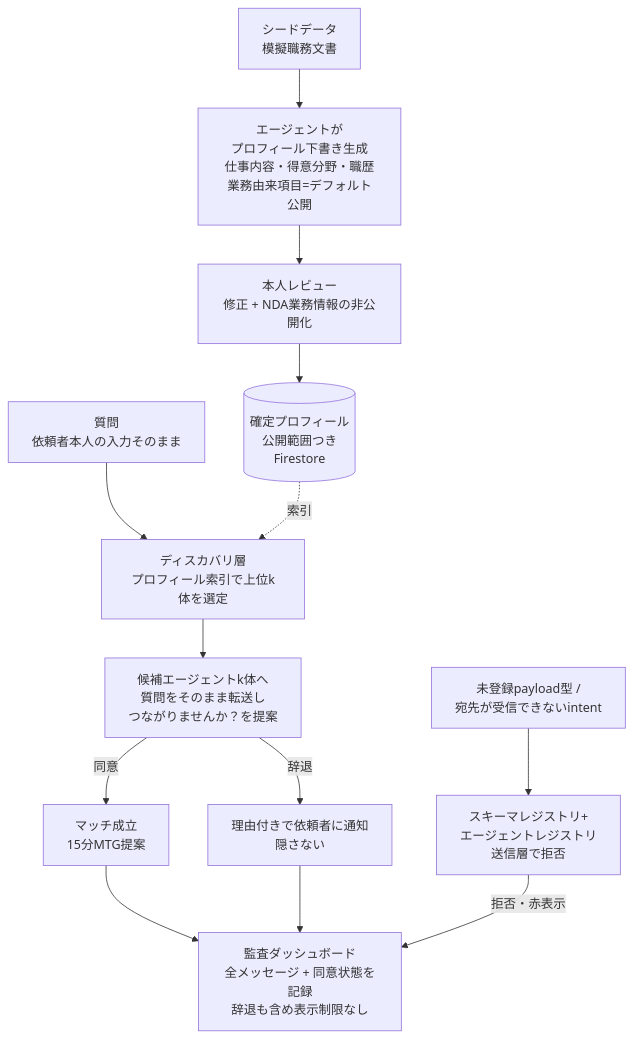
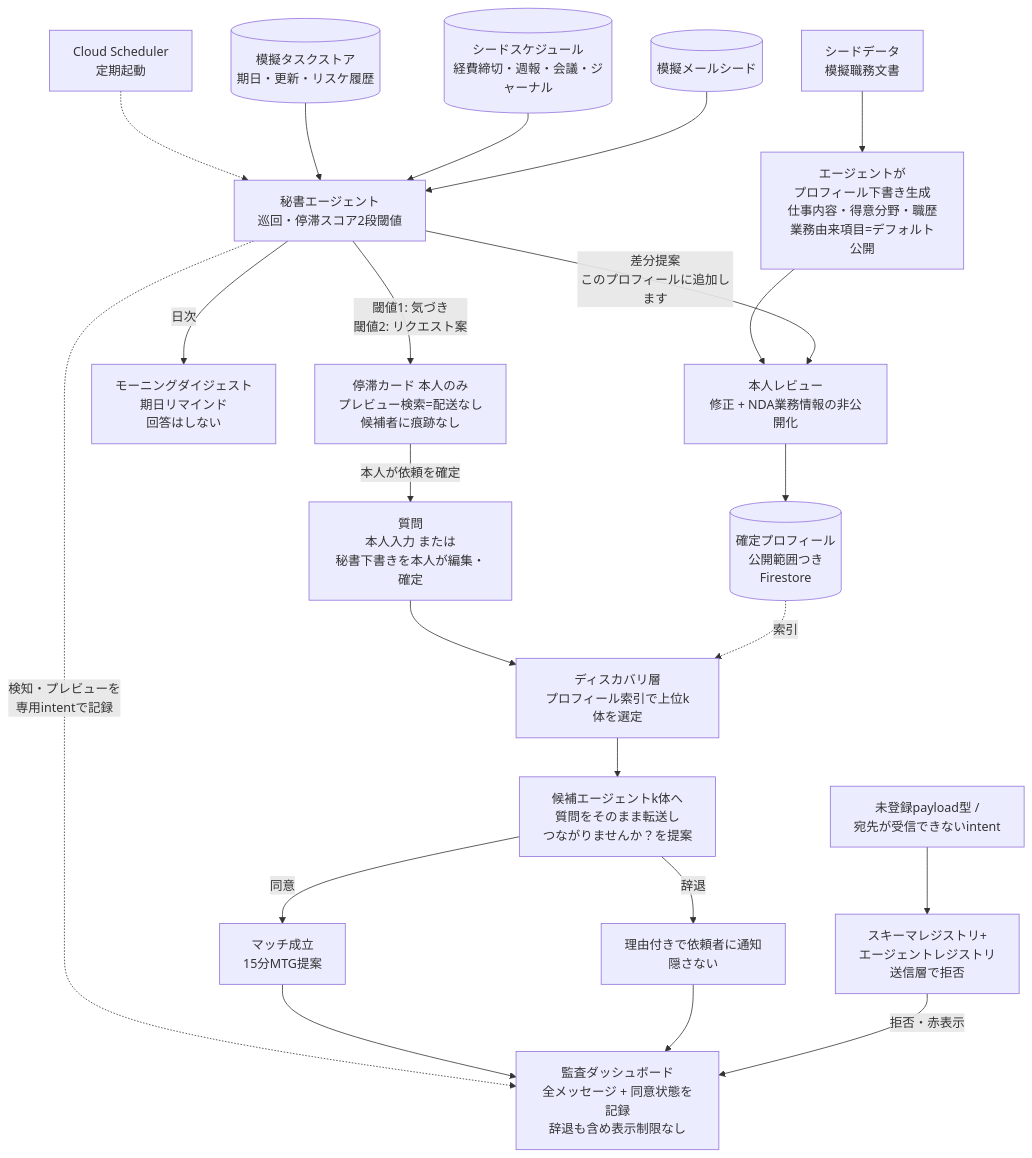
The diagram in design/knowledge-discovery/spec.md (toshi-naka-boop/knowledge-dis), drawn with Mermaid before and after one commit. The commit also changed other lines of this file and 2 other files, not shown here.

Commit message:
docs: spec v7（秘書プロアクティブ層・モーニングダイジェスト・プロフィール継続更新の追加、GEAP採用範囲確定）

````diff
--- a/design/knowledge-discovery/spec.md
+++ b/design/knowledge-discovery/spec.md
@@ -114,19 +141,29 @@
 ```mermaid
 flowchart TD
     Seed[シードデータ<br>模擬職務文書] --> Draft[エージェントが<br>プロフィール下書き生成<br>仕事内容・得意分野・職歴<br>業務由来項目=デフォルト公開]
     Draft --> Review[本人レビュー<br>修正 + NDA業務情報の非公開化]
     Review --> Profile[(確定プロフィール<br>公開範囲つき<br>Firestore)]
 
-    Q[質問<br>依頼者本人の入力そのまま] --> Disc[ディスカバリ層<br>プロフィール索引で上位k体を選定]
+    Sched[Cloud Scheduler<br>定期起動] -.-> Sec[秘書エージェント<br>巡回・停滞スコア2段閾値]
+    Tasks[(模擬タスクストア<br>期日・更新・リスケ履歴)] --> Sec
+    Cal[(シードスケジュール<br>経費締切・週報・会議・ジャーナル)] --> Sec
+    Mail[(模擬メールシード)] --> Sec
+    Sec -->|日次| Digest[モーニングダイジェスト<br>期日リマインド<br>回答はしない]
+    Sec -->|閾値1: 気づき<br>閾値2: リクエスト案| Card[停滞カード 本人のみ<br>プレビュー検索=配送なし<br>候補者に痕跡なし]
+    Card -->|本人が依頼を確定| Q
+    Sec -->|差分提案<br>このプロフィールに追加します| Review
+    Sec -.検知・プレビューを<br>専用intentで記録.-> Audit
+
+    Q[質問<br>本人入力 または<br>秘書下書きを本人が編集・確定] --> Disc[ディスカバリ層<br>プロフィール索引で上位k体を選定]
     Profile -.索引.-> Disc
     Disc --> Ask[候補エージェントk体へ<br>質問をそのまま転送し<br>つながりませんか？を提案]
 
     Ask -->|同意| Match[マッチ成立<br>15分MTG提案]
     Ask -->|辞退| Decline[理由付きで依頼者に通知<br>隠さない]
 
     Match --> Audit[監査ダッシュボード<br>全メッセージ + 同意状態を記録<br>辞退も含め表示制限なし]
     Decline --> Audit
 
     Bad[未登録payload型 /<br>宛先が受信できないintent] --> Registry[スキーマレジストリ+<br>エージェントレジストリ<br>送信層で拒否]
     Registry -->|拒否・赤表示| Audit
 ```
````
